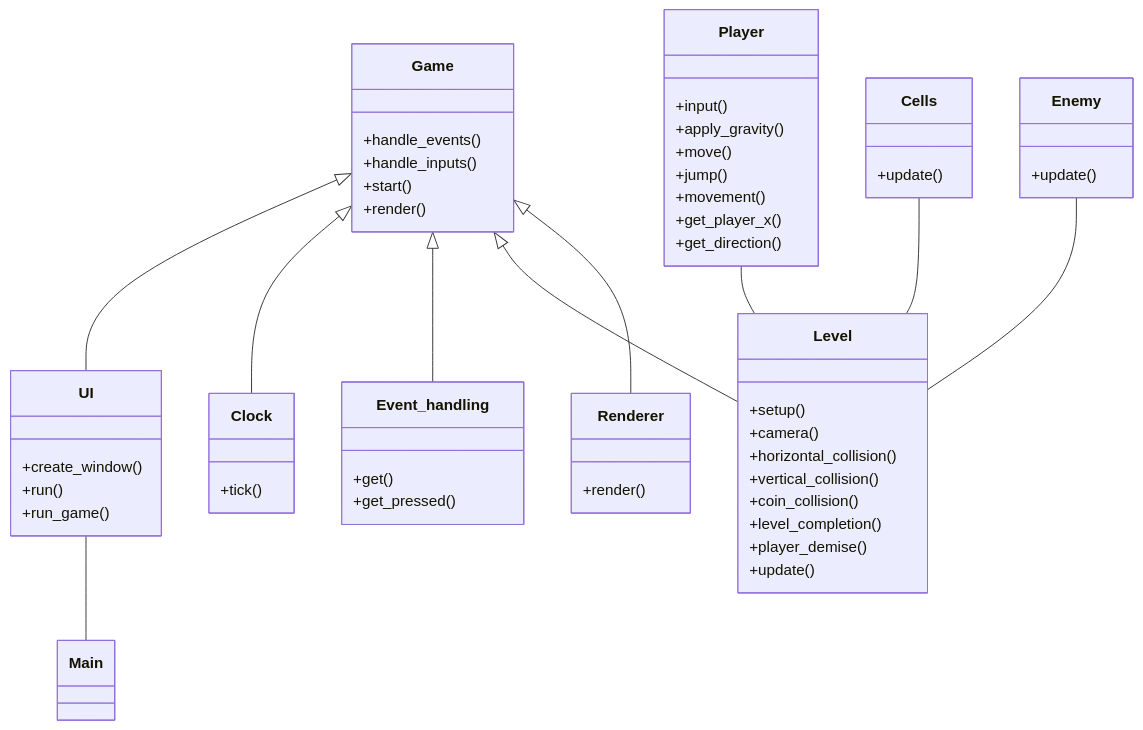
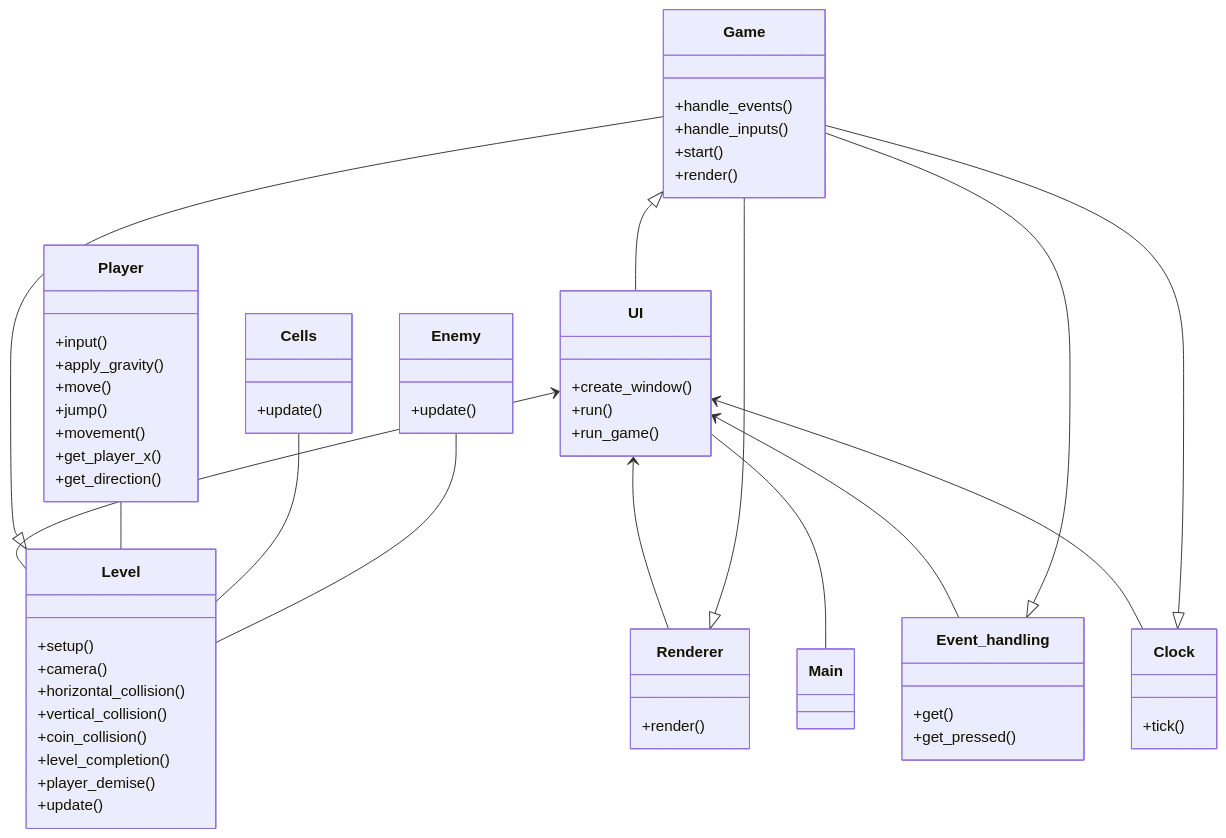
Before and after one commit to JuhoSiitonen/ot-harjoitustyo: the diagram in documentation/arkkitehtuurikuvaus.md, drawn with Mermaid.

Commit message:
changed mermaid graph

````diff
--- a/documentation/arkkitehtuurikuvaus.md
+++ b/documentation/arkkitehtuurikuvaus.md
@@ -5,61 +5,65 @@
 ```mermaid
 
 classDiagram
     Game <|-- UI
-    Game <|-- Clock
-    Game <|-- Event_handling
-    Game <|-- Level
-    Game <|-- Renderer
+    UI <-- Clock
+    UI <-- Event_handling
+    UI <-- Level
+    UI <-- Renderer
+    Game --|> Clock
+    Game --|> Event_handling
+    Game --|> Level
+    Game --|> Renderer
     Player -- Level
     Cells -- Level
     Enemy -- Level
     UI -- Main
 
     class Player{
         +input()
         +apply_gravity()
         +move()
         +jump()
         +movement()
         +get_player_x()
         +get_direction()
     }
     class Level{
         +setup()
         +camera()
         +horizontal_collision()
         +vertical_collision()
         +coin_collision()
         +level_completion()
         +player_demise()
         +update()
     }
     class Renderer{
         +render()
     }
     class Event_handling{
         +get()
         +get_pressed()
     }
     class Clock{
         +tick()
     }
     class Cells{
         +update()
     }
     class Game{
         +handle_events()
         +handle_inputs()
         +start()
         +render()
     }
     class UI{
         +create_window()
         +run()
         +run_game()
     }
     class Enemy{
         +update()
     }
 
 ```
````
